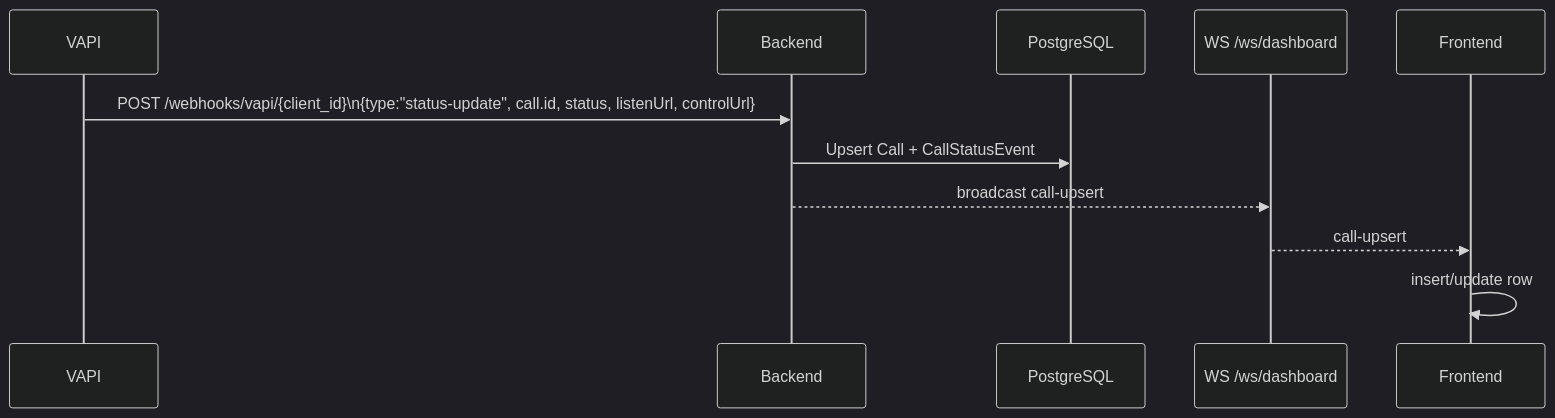
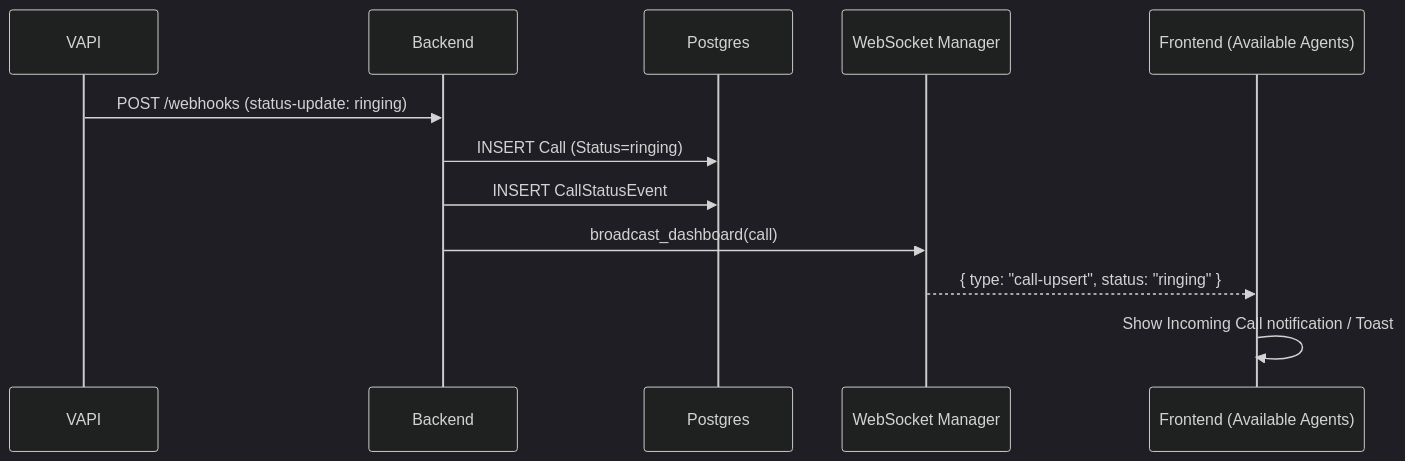
The second of 6 diagrams in readme.md (ronaks2309/fe-inbound-panel), drawn with Mermaid (dark theme) before and after one commit. The commit also changed other lines of this file and 3 other files, not shown here.

````diff
--- a/readme.md
+++ b/readme.md
@@ -242,14 +248,15 @@
 ```mermaid
 sequenceDiagram
-  participant V as VAPI
-  participant B as Backend
-  participant DB as PostgreSQL
-  participant W as WS /ws/dashboard
-  participant F as Frontend
+    participant V as VAPI
+    participant BE as Backend
+    participant DB as Postgres
+    participant WS as WebSocket Manager
+    participant FE as Frontend (Available Agents)
 
-  V->>B: POST /webhooks/vapi/{client_id}\n{type:"status-update", call.id, status, listenUrl, controlUrl}
-  B->>DB: Upsert Call + CallStatusEvent
-  B-->>W: broadcast call-upsert
-  W-->>F: call-upsert
-  F->>F: insert/update row
+    V->>BE: POST /webhooks (status-update: ringing)
+    BE->>DB: INSERT Call (Status=ringing)
+    BE->>DB: INSERT CallStatusEvent
+    BE->>WS: broadcast_dashboard(call)
+    WS-->>FE: { type: "call-upsert", status: "ringing" }
+    FE->>FE: Show Incoming Call notification / Toast
 ```
````
